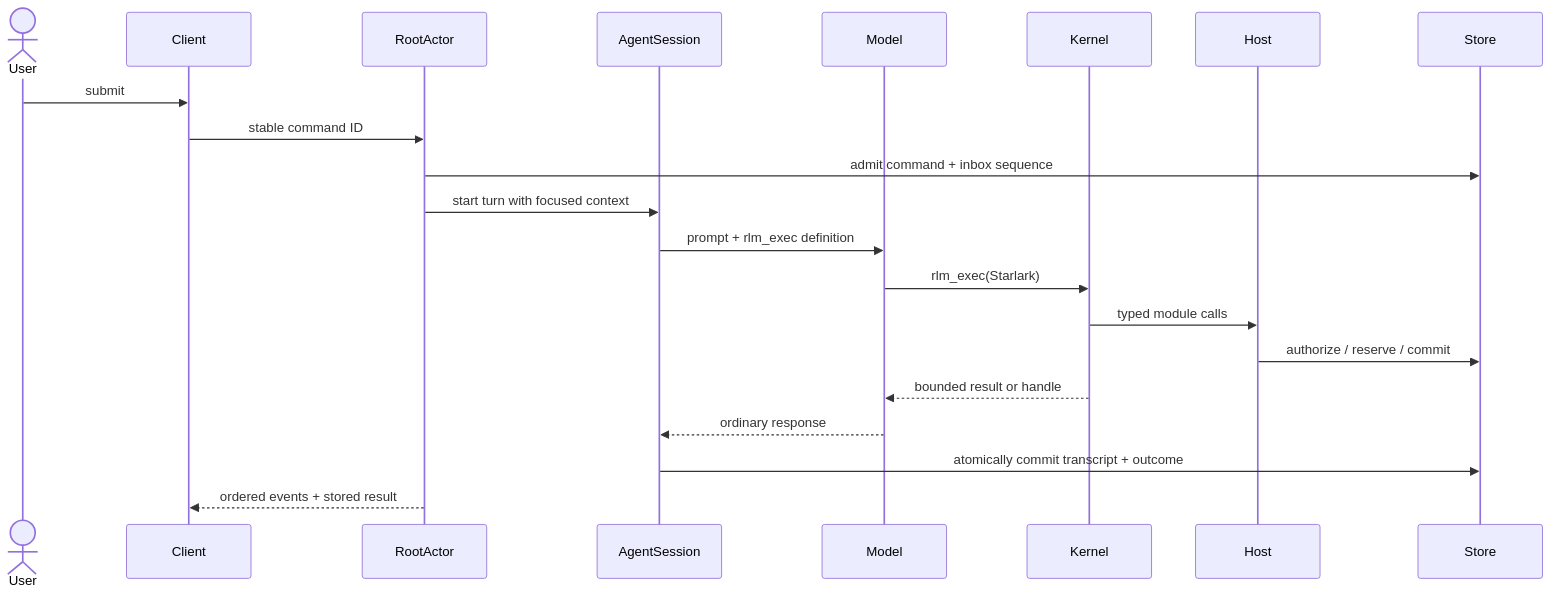
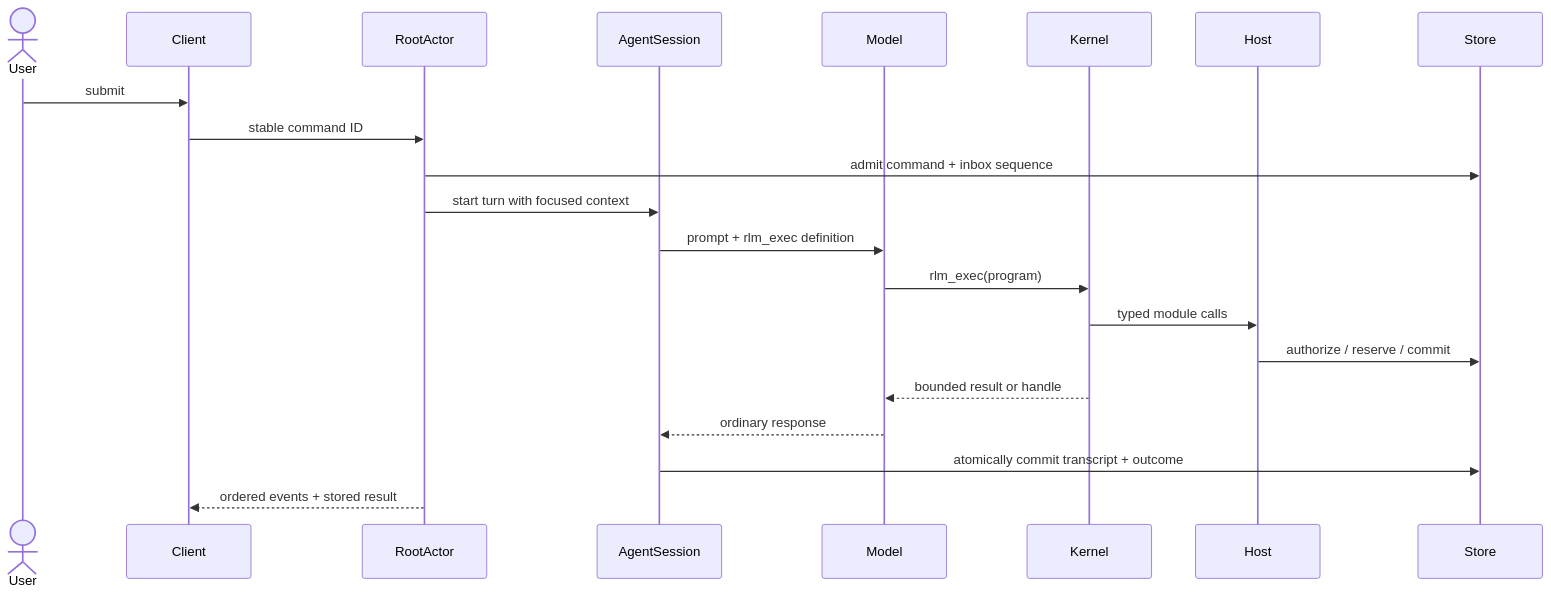
Before and after one commit to context-labs/whip: the second of 2 diagrams in docs/architecture.md, drawn with Mermaid. The commit also changed other lines of this file and 2 other files, not shown here.

````diff
--- a/docs/architecture.md
+++ b/docs/architecture.md
@@ -78,24 +84,24 @@
 ```mermaid
 sequenceDiagram
     actor User
     participant Client
     participant RootActor
     participant Agent as AgentSession
     participant Model
     participant Kernel
     participant Host
     participant Store
 
     User->>Client: submit
     Client->>RootActor: stable command ID
     RootActor->>Store: admit command + inbox sequence
     RootActor->>Agent: start turn with focused context
     Agent->>Model: prompt + rlm_exec definition
-    Model->>Kernel: rlm_exec(Starlark)
+    Model->>Kernel: rlm_exec(program)
     Kernel->>Host: typed module calls
     Host->>Store: authorize / reserve / commit
     Kernel-->>Model: bounded result or handle
     Model-->>Agent: ordinary response
     Agent->>Store: atomically commit transcript + outcome
     RootActor-->>Client: ordered events + stored result
 ```
````
